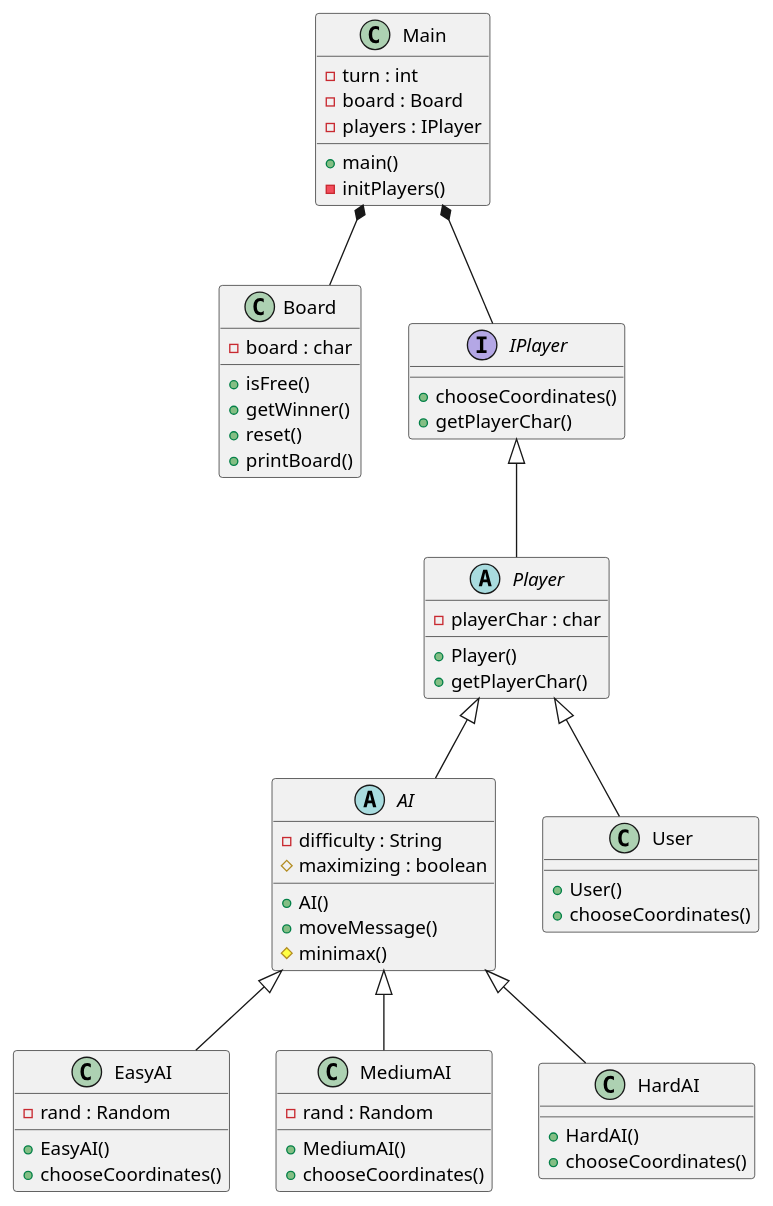
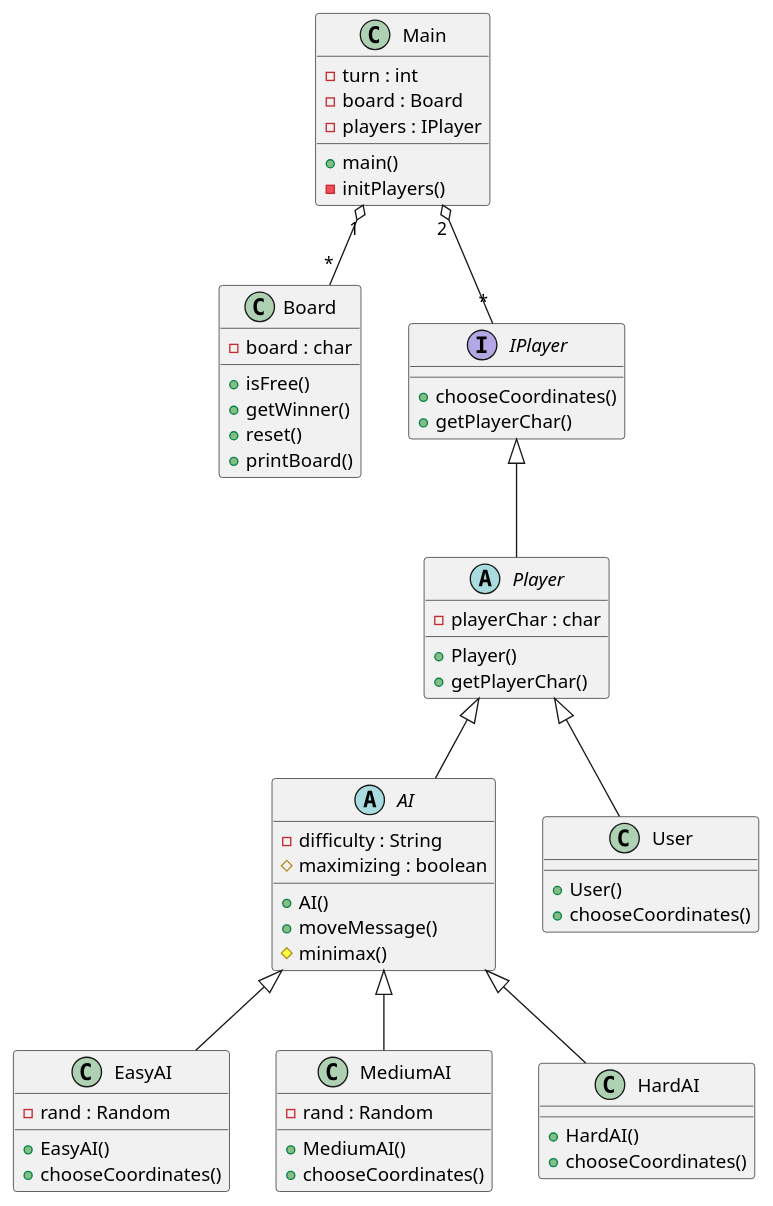
The diagram in docs/class-diagram.wsd (MMierzej/tictactoe-oop), drawn with PlantUML before and after one commit. The commit also changed 1 other file, not shown here.

Commit message:
Poprawa diagramu: kompozycja -> agregacja.

```diff
--- a/docs/class-diagram.wsd
+++ b/docs/class-diagram.wsd
@@ -1,68 +1,68 @@
 @startuml tictactoe
 abstract class AI {
 	- difficulty : String
 	# maximizing : boolean
 	+ AI()
 	+ moveMessage()
 	# minimax()
 }
 
 class EasyAI {
 	- rand : Random
 	+ EasyAI()
 	+ chooseCoordinates()
 }
 
 class MediumAI {
 	- rand : Random
 	+ MediumAI()
 	+ chooseCoordinates()
 }
 
 class HardAI {
 	+ HardAI()
 	+ chooseCoordinates()
 }
 
 class Board {
 	- board : char
 	+ isFree()
 	+ getWinner()
 	+ reset()
 	+ printBoard()
 }
 
 class Main {
 	- turn : int
 	- board : Board
 	- players : IPlayer
 	+ main()
 	- initPlayers()
 }
 
 class User {
 	+ User()
 	+ chooseCoordinates()
 }
 
 abstract class Player {
 	- playerChar : char
 	+ Player()
 	+ getPlayerChar()
 }
 
 interface IPlayer {
 	+ chooseCoordinates()
 	+ getPlayerChar()
 }
 
 IPlayer <|-- Player
 Player <|-- User
 Player <|-- AI
 AI <|-- EasyAI
 AI <|-- MediumAI
 AI <|-- HardAI
-Main *-- IPlayer
-Main *-- Board
+Main "2" o-- "*" IPlayer
+Main "1" o-- "*" Board
 
 @enduml
```
